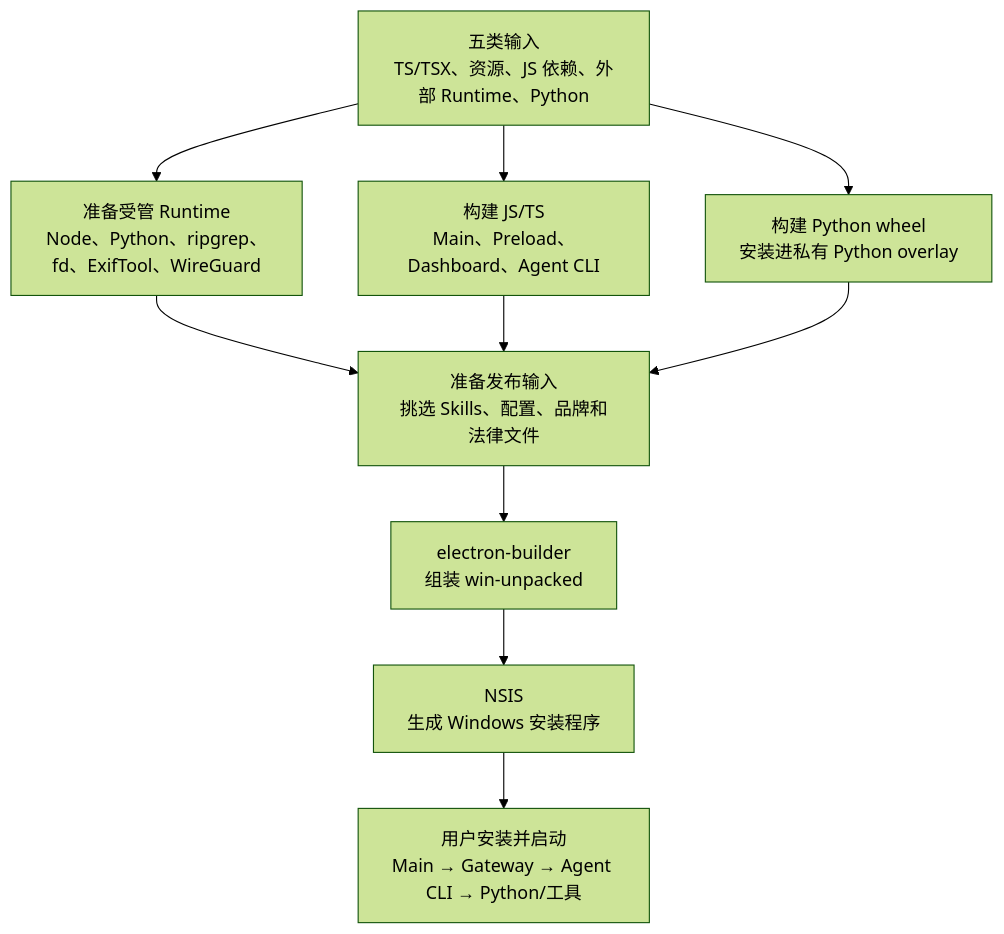
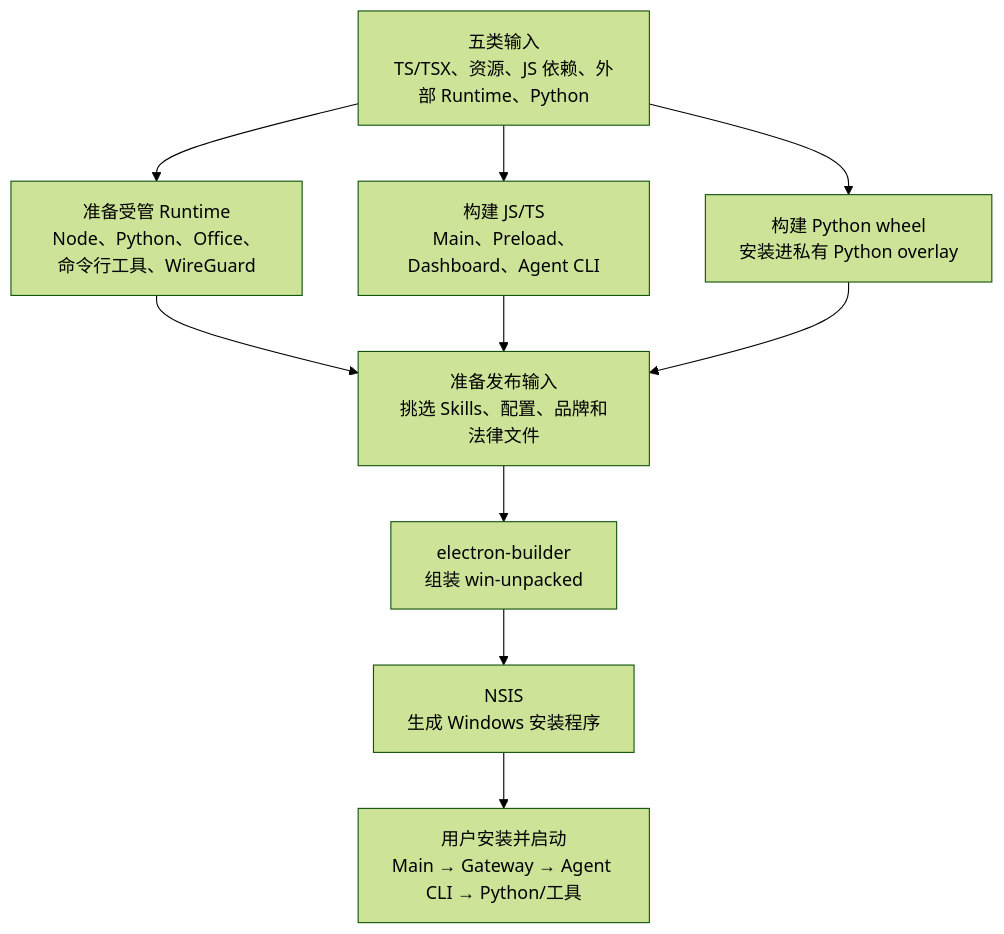
Before and after one commit to Arsenal20262/LXE_AGENT: the first of 2 diagrams in docs/desktop/packaging-pipeline.md, drawn with Mermaid (forest theme). The commit also changed other lines of this file and 16 other files, not shown here.

````diff
--- a/docs/desktop/packaging-pipeline.md
+++ b/docs/desktop/packaging-pipeline.md
@@ -123,21 +126,21 @@
 ```mermaid
 flowchart TD
     SOURCE["五类输入<br/>TS/TSX、资源、JS 依赖、外部 Runtime、Python"]
-    RUNTIME["准备受管 Runtime<br/>Node、Python、ripgrep、fd、ExifTool、WireGuard"]
+    RUNTIME["准备受管 Runtime<br/>Node、Python、Office、命令行工具、WireGuard"]
     JS["构建 JS/TS<br/>Main、Preload、Dashboard、Agent CLI"]
     PY["构建 Python wheel<br/>安装进私有 Python overlay"]
     INPUTS["准备发布输入<br/>挑选 Skills、配置、品牌和法律文件"]
     BUILDER["electron-builder<br/>组装 win-unpacked"]
     NSIS["NSIS<br/>生成 Windows 安装程序"]
     RUN["用户安装并启动<br/>Main → Gateway → Agent CLI → Python/工具"]
 
     SOURCE --> RUNTIME
     SOURCE --> JS
     SOURCE --> PY
     RUNTIME --> INPUTS
     JS --> INPUTS
     PY --> INPUTS
     INPUTS --> BUILDER
     BUILDER --> NSIS
     NSIS --> RUN
 ```
````
